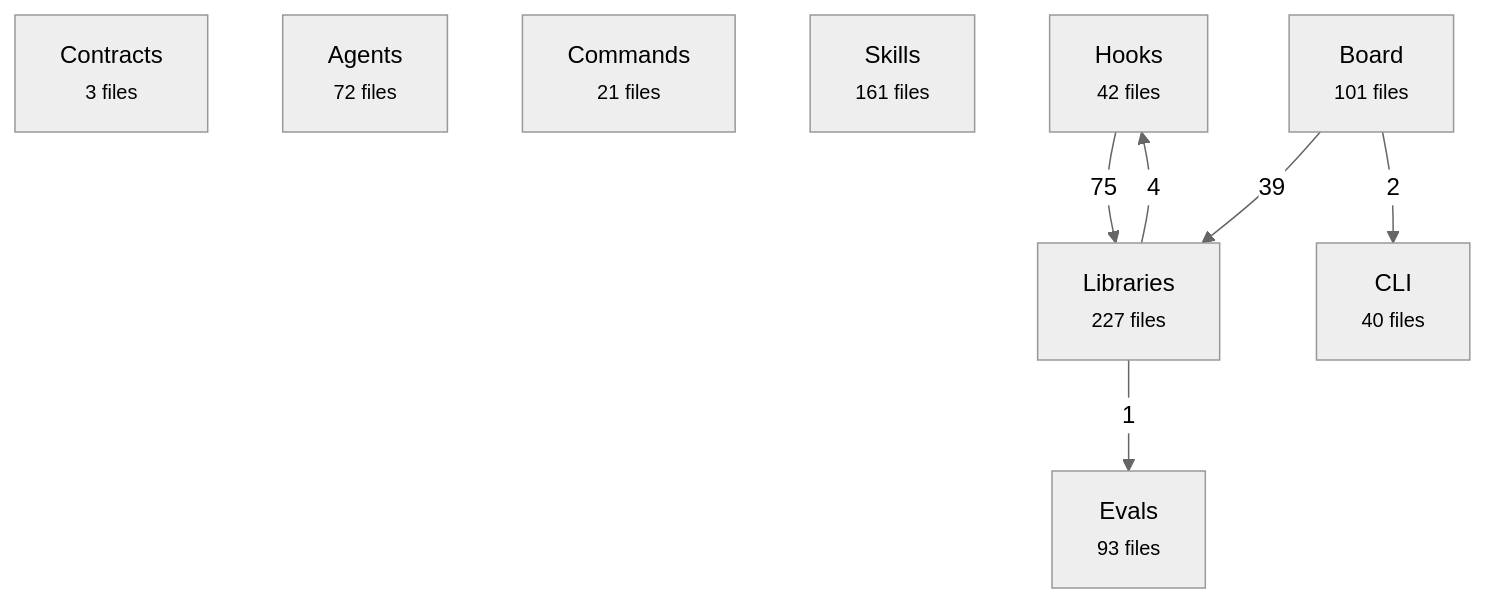
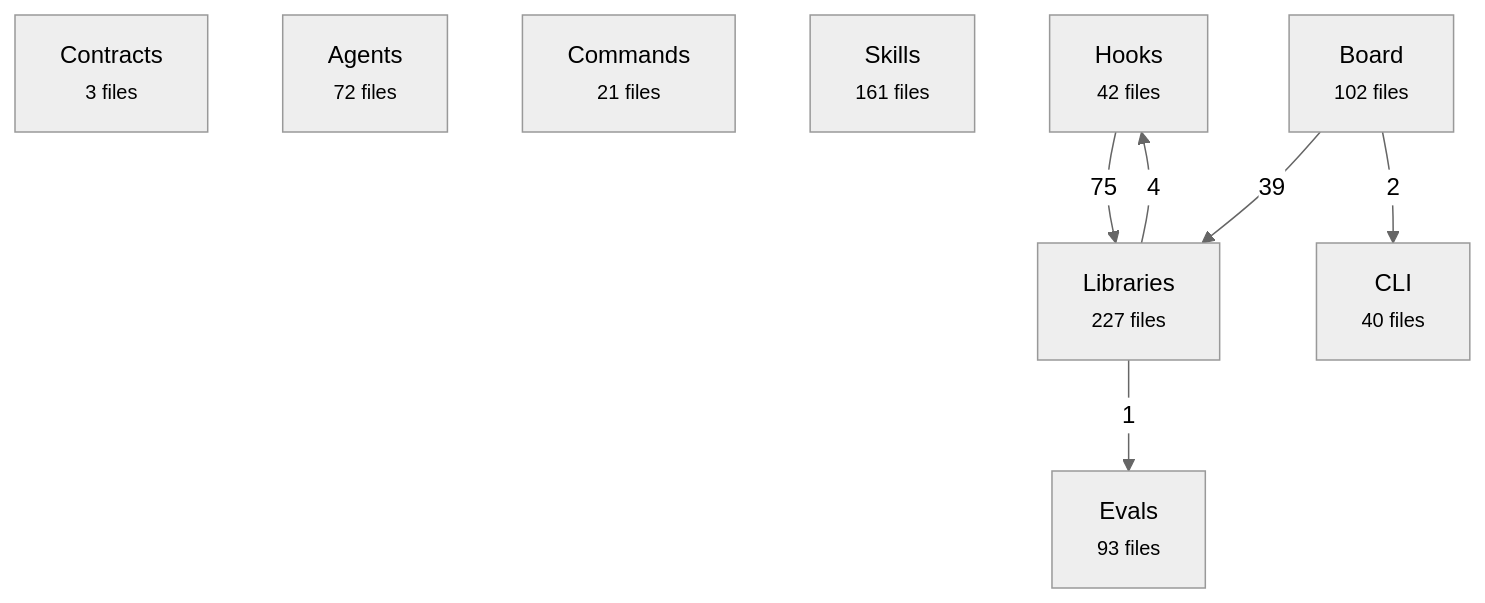
Before and after one commit to avelikiy/great_cto: the first of 2 diagrams in docs/reference/architecture-map.md, drawn with Mermaid (neutral theme). The commit also changed other lines of this file and 2 other files, not shown here.

Commit message:
fix(board): keep post-write SSE task reads asynchronous

````diff
--- a/docs/reference/architecture-map.md
+++ b/docs/reference/architecture-map.md
@@ -20,17 +20,17 @@
 ```mermaid
 flowchart TD
   contracts["Contracts<br/><small>3 files</small>"]
   agents["Agents<br/><small>72 files</small>"]
   commands["Commands<br/><small>21 files</small>"]
   skills["Skills<br/><small>161 files</small>"]
   hooks["Hooks<br/><small>42 files</small>"]
   libs["Libraries<br/><small>227 files</small>"]
-  board["Board<br/><small>101 files</small>"]
+  board["Board<br/><small>102 files</small>"]
   cli["CLI<br/><small>40 files</small>"]
   evals["Evals<br/><small>93 files</small>"]
   hooks -->|75| libs
   board -->|39| libs
   libs -->|4| hooks
   board -->|2| cli
   libs -->|1| evals
 ```
````
